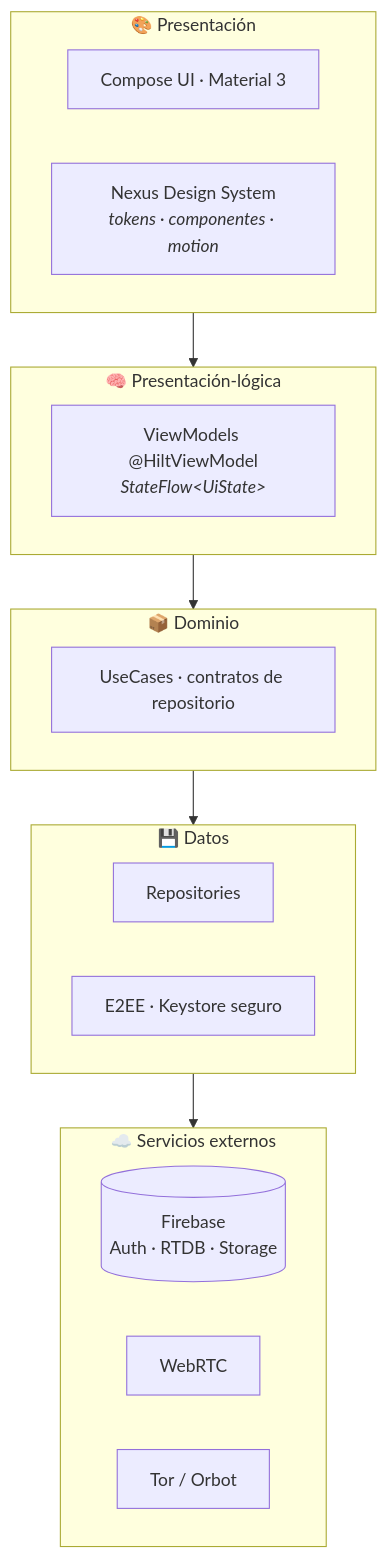
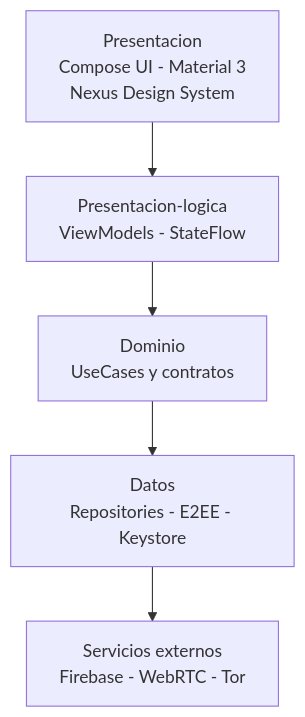
Before and after one commit to Azelmods677/NexusChat: the second of 6 diagrams in README.md, drawn with Mermaid. The commit also changed other lines of this file and 69 other files, not shown here.

````diff
--- a/README.md
+++ b/README.md
@@ -82,26 +134,9 @@
 ```mermaid
-flowchart TB
-    subgraph P["🎨 Presentación"]
-        direction LR
-        C["Compose UI · Material 3"]
-        DS["Nexus Design System<br/><i>tokens · componentes · motion</i>"]
-    end
-    subgraph L["🧠 Presentación-lógica"]
-        VM["ViewModels @HiltViewModel<br/><i>StateFlow&lt;UiState&gt;</i>"]
-    end
-    subgraph D["📦 Dominio"]
-        UC["UseCases · contratos de repositorio"]
-    end
-    subgraph DA["💾 Datos"]
-        direction LR
-        REPO["Repositories"]
-        SEC["E2EE · Keystore seguro"]
-    end
-    subgraph E["☁️ Servicios externos"]
-        direction LR
-        FB[("Firebase<br/>Auth · RTDB · Storage")]
-        RTC["WebRTC"]
-        TOR["Tor / Orbot"]
-    end
+flowchart TD
+    P["Presentacion<br>Compose UI - Material 3<br>Nexus Design System"]
+    L["Presentacion-logica<br>ViewModels - StateFlow"]
+    D["Dominio<br>UseCases y contratos"]
+    DA["Datos<br>Repositories - E2EE - Keystore"]
+    E["Servicios externos<br>Firebase - WebRTC - Tor"]
     P --> L --> D --> DA --> E
 ```
````
